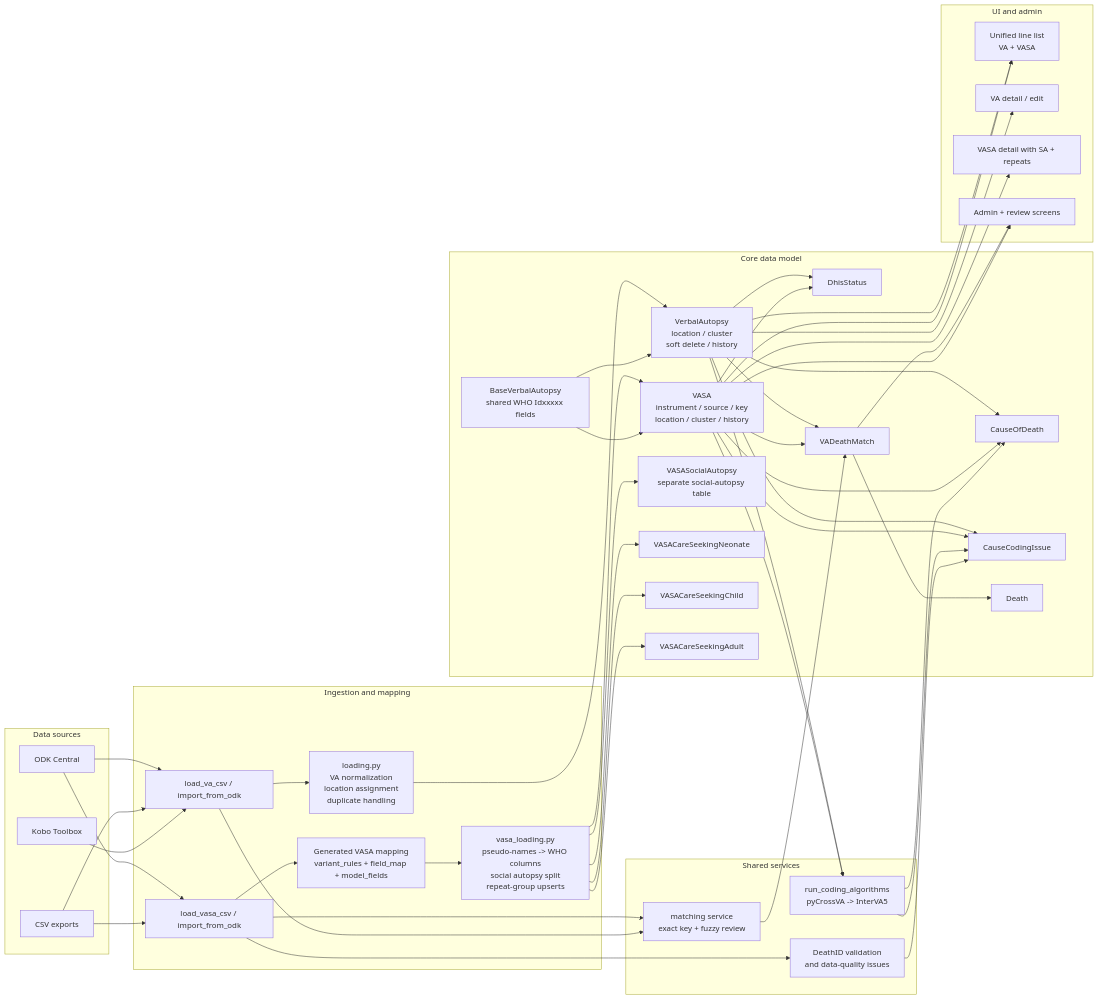
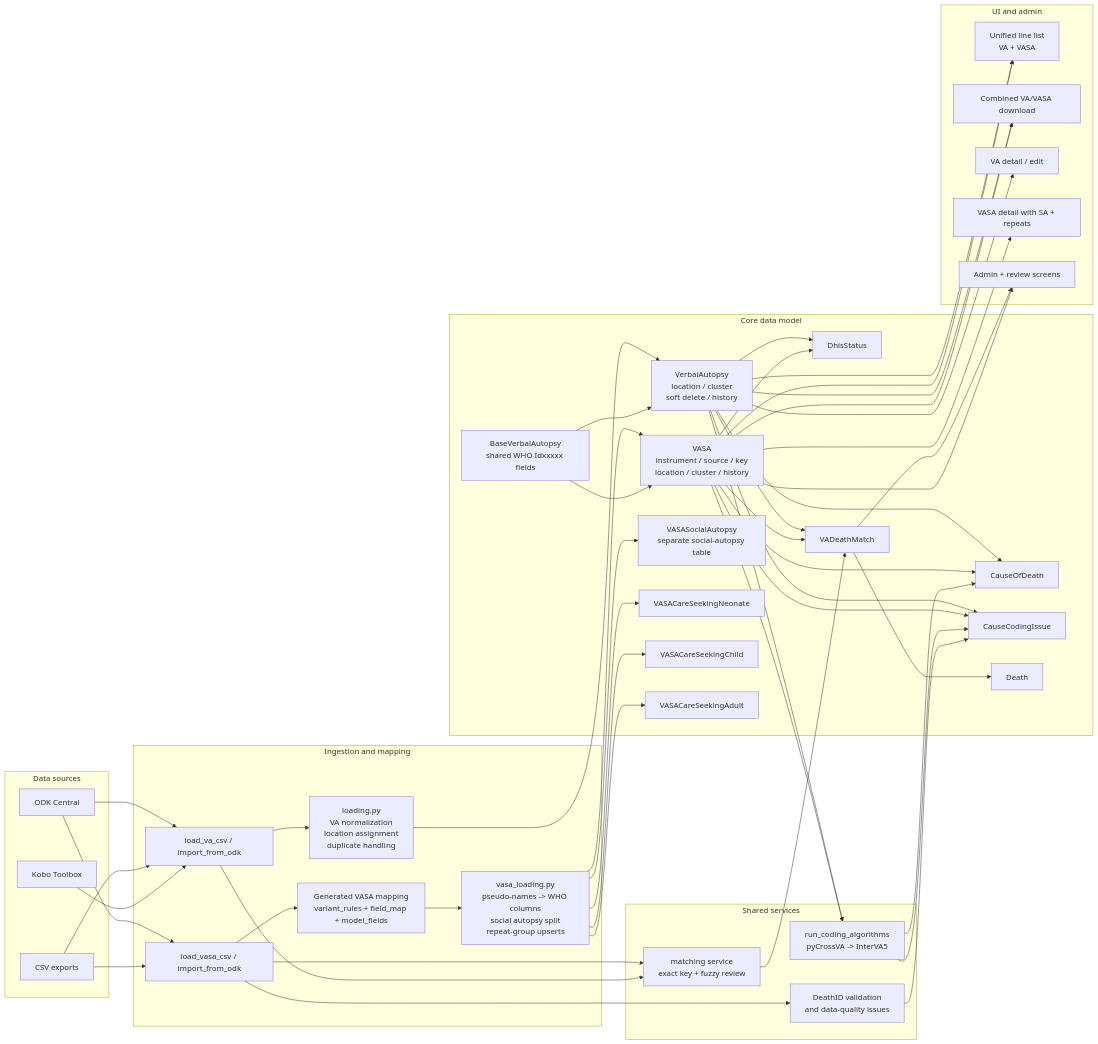
One commit to evado88/vacms changed the diagram in docs/vasa.md. Above: the diagram before and after it, drawn with Mermaid. The commit also changed other lines of this file and 26 other files, not shown here.

```diff
--- a/docs/vasa.md
+++ b/docs/vasa.md
@@ -52,6 +52,7 @@
 
     subgraph UI["UI and admin"]
         LineList["Unified line list\nVA + VASA"]
+        Export["Combined VA/VASA download"]
         ShowVA["VA detail / edit"]
         ShowVASA["VASA detail with SA + repeats"]
         Admin["Admin + review screens"]
@@ -95,6 +96,8 @@
 
     VA --> LineList
     VASA --> LineList
+    VA --> Export
+    VASA --> Export
     VA --> ShowVA
     VASA --> ShowVASA
     Match --> Admin
```
